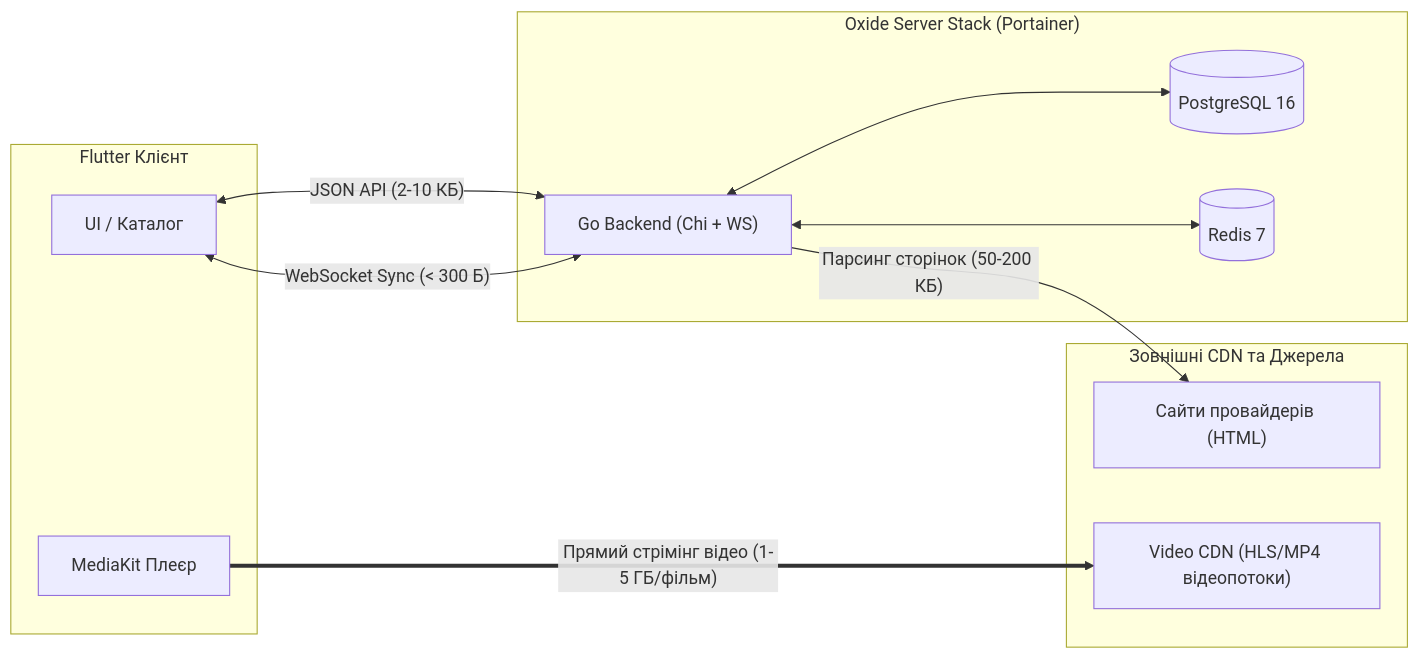
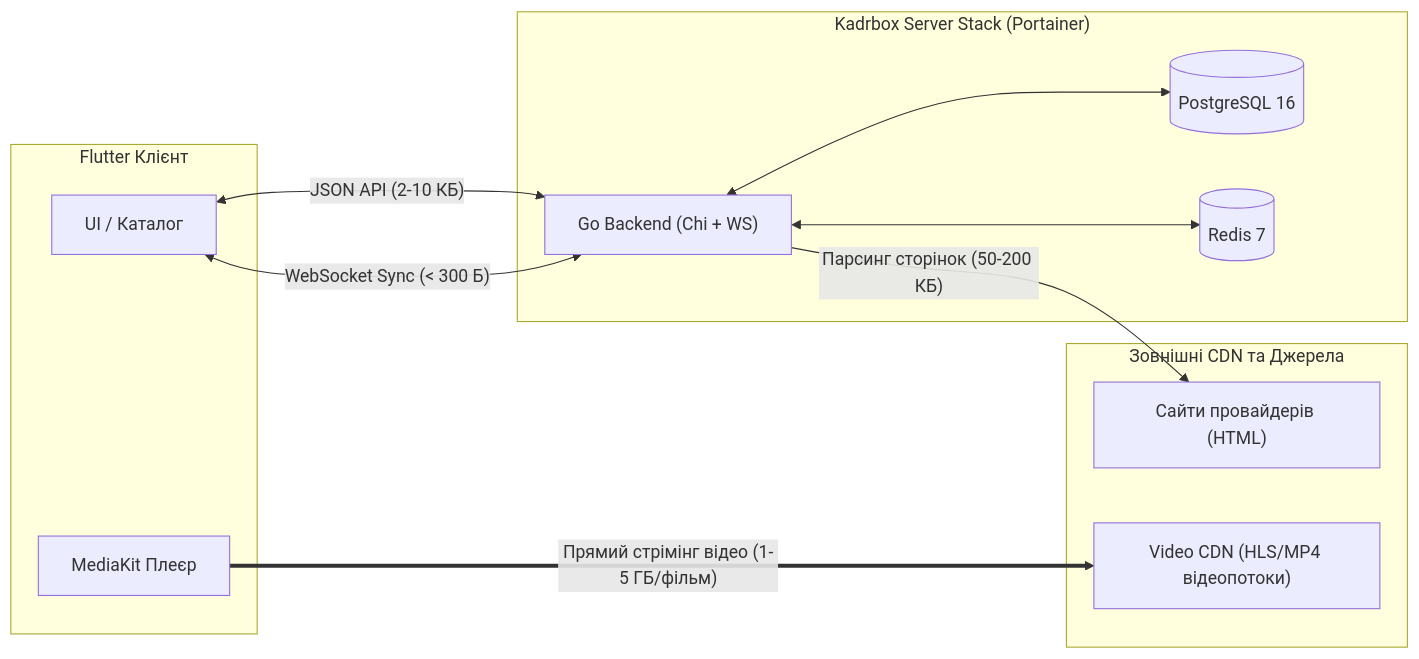
The diagram in docs/audit/05_INFRASTRUCTURE_AND_RESOURCE_AUDIT.md (edhases/kadrbox), drawn with Mermaid before and after one commit. The commit also changed other lines of this file and 17 other files, not shown here.

````diff
--- a/docs/audit/05_INFRASTRUCTURE_AND_RESOURCE_AUDIT.md
+++ b/docs/audit/05_INFRASTRUCTURE_AND_RESOURCE_AUDIT.md
@@ -211,25 +215,25 @@
 ```mermaid
 flowchart LR
     subgraph Client["Flutter Клієнт"]
         UI["UI / Каталог"]
         Player["MediaKit Плеєр"]
     end
 
-    subgraph Backend["Oxide Server Stack (Portainer)"]
+    subgraph Backend["Kadrbox Server Stack (Portainer)"]
         GoServer["Go Backend (Chi + WS)"]
         PG[("PostgreSQL 16")]
         RDC[("Redis 7")]
     end
 
     subgraph External["Зовнішні CDN та Джерела"]
         ProvAPI["Сайти провайдерів (HTML)"]
         CDN["Video CDN (HLS/MP4 відеопотоки)"]
     end
 
     UI <-->|"JSON API (2-10 КБ)"| GoServer
     UI <-->|"WebSocket Sync (< 300 Б)"| GoServer
     GoServer <--> PG
     GoServer <--> RDC
     GoServer -->|"Парсинг сторінок (50-200 КБ)"| ProvAPI
     Player ==>|"Прямий стрімінг відео (1-5 ГБ/фільм)"| CDN
 ```
````
